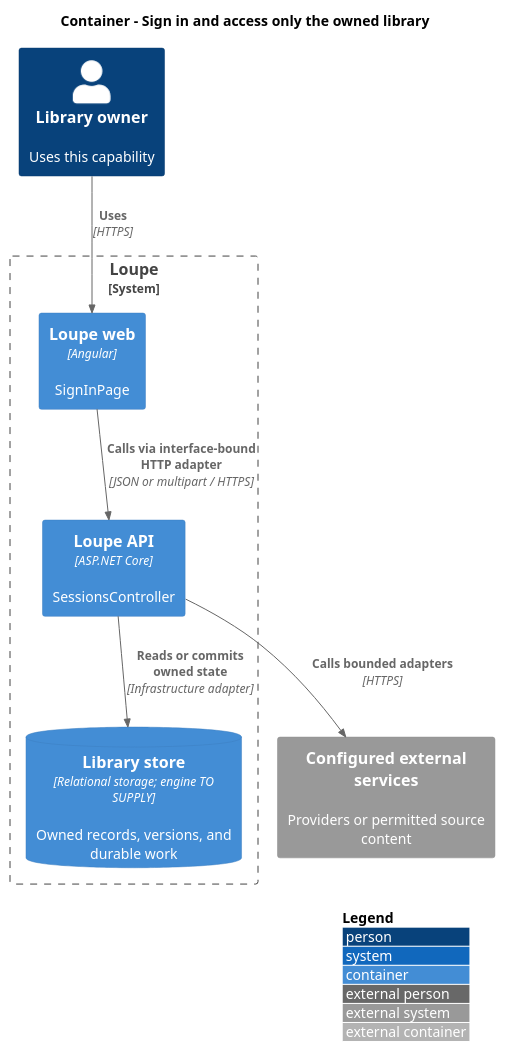
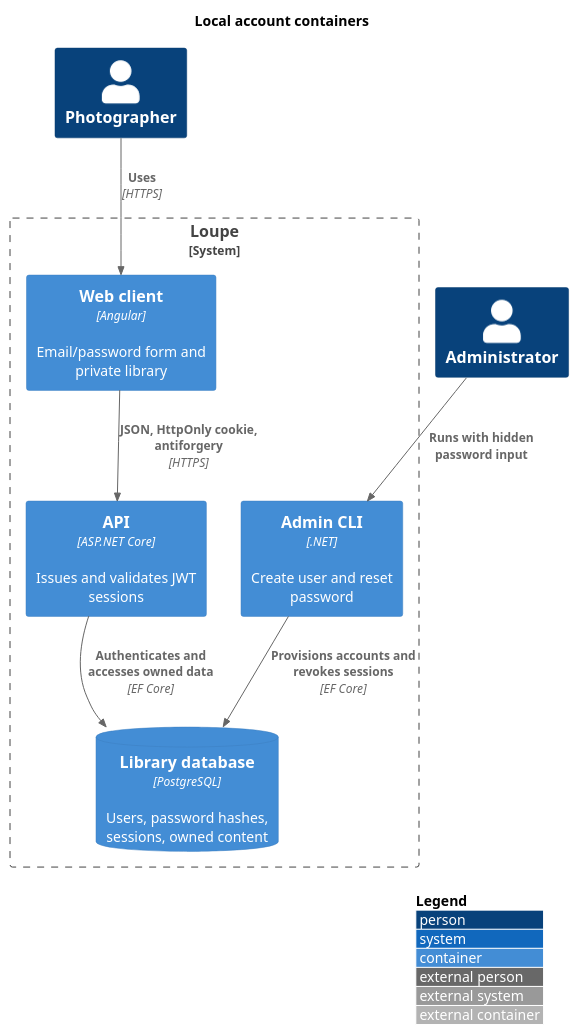
Before and after one commit to QuinntyneBrown/loupe: the diagram in docs/detailed-designs/security/access-private-library/diagrams/c4-container.puml, drawn with PlantUML. The commit also changed 122 other files, not shown here.

Commit message:
Replace external authentication with local accounts and JWT sessions

```diff
--- a/docs/detailed-designs/security/access-private-library/diagrams/c4-container.puml
+++ b/docs/detailed-designs/security/access-private-library/diagrams/c4-container.puml
@@ -1,16 +1,18 @@
 @startuml
 !include <C4/C4_Container>
 LAYOUT_WITH_LEGEND()
-title Container - Sign in and access only the owned library
-Person(owner, "Library owner", "Uses this capability")
+title Local account containers
+Person(owner, "Photographer")
+Person(operator, "Administrator")
 System_Boundary(loupe, "Loupe") {
-Container(spa, "Loupe web", "Angular", "SignInPage")
-Container(api, "Loupe API", "ASP.NET Core", "SessionsController")
-ContainerDb(db, "Library store", "Relational storage; engine TO SUPPLY", "Owned records, versions, and durable work")
+Container(web, "Web client", "Angular", "Email/password form and private library")
+Container(api, "API", "ASP.NET Core", "Issues and validates JWT sessions")
+Container(admin, "Admin CLI", ".NET", "Create user and reset password")
+ContainerDb(db, "Library database", "PostgreSQL", "Users, password hashes, sessions, owned content")
 }
-Rel(owner, spa, "Uses", "HTTPS")
-Rel(spa, api, "Calls via interface-bound HTTP adapter", "JSON or multipart / HTTPS")
-Rel(api, db, "Reads or commits owned state", "Infrastructure adapter")
-System_Ext(external, "Configured external services", "Providers or permitted source content")
-Rel(api, external, "Calls bounded adapters", "HTTPS")
+Rel(owner, web, "Uses", "HTTPS")
+Rel(operator, admin, "Runs with hidden password input")
+Rel(web, api, "JSON, HttpOnly cookie, antiforgery", "HTTPS")
+Rel(api, db, "Authenticates and accesses owned data", "EF Core")
+Rel(admin, db, "Provisions accounts and revokes sessions", "EF Core")
 @enduml
```
